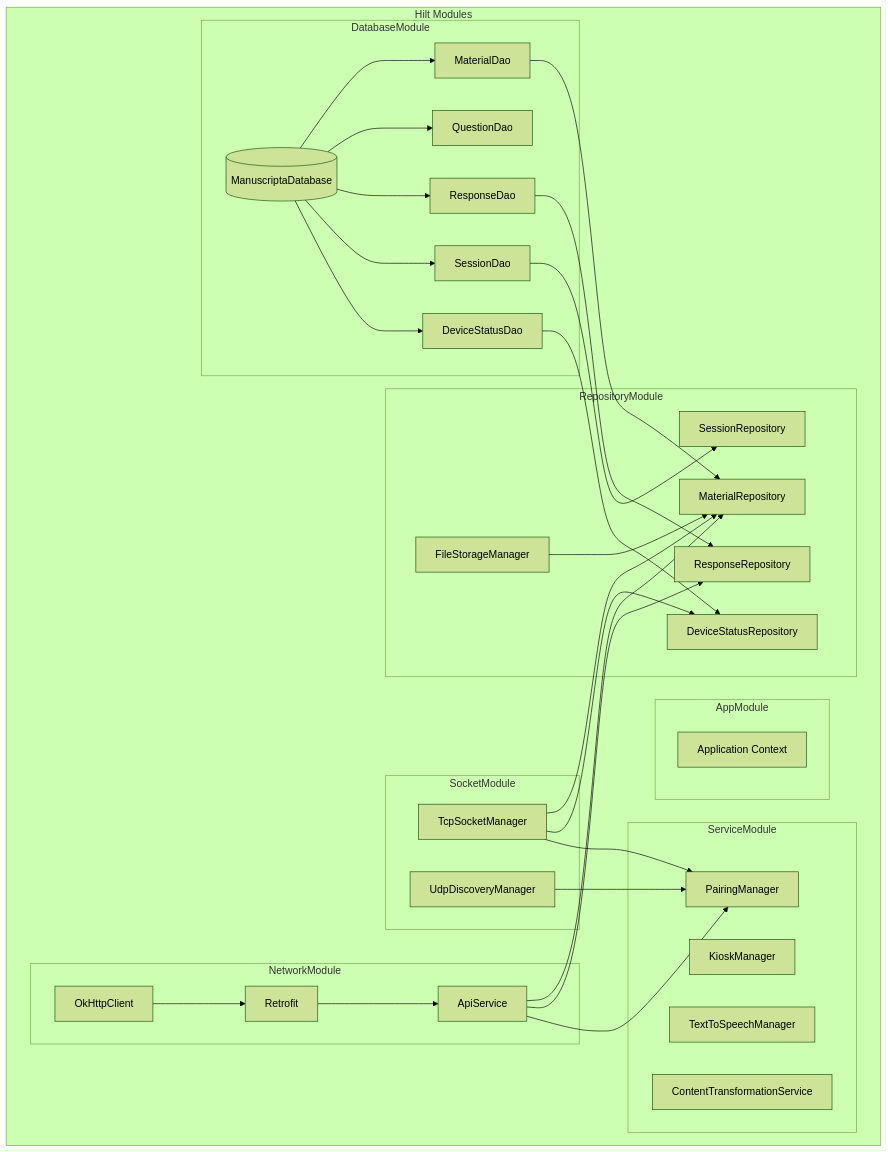
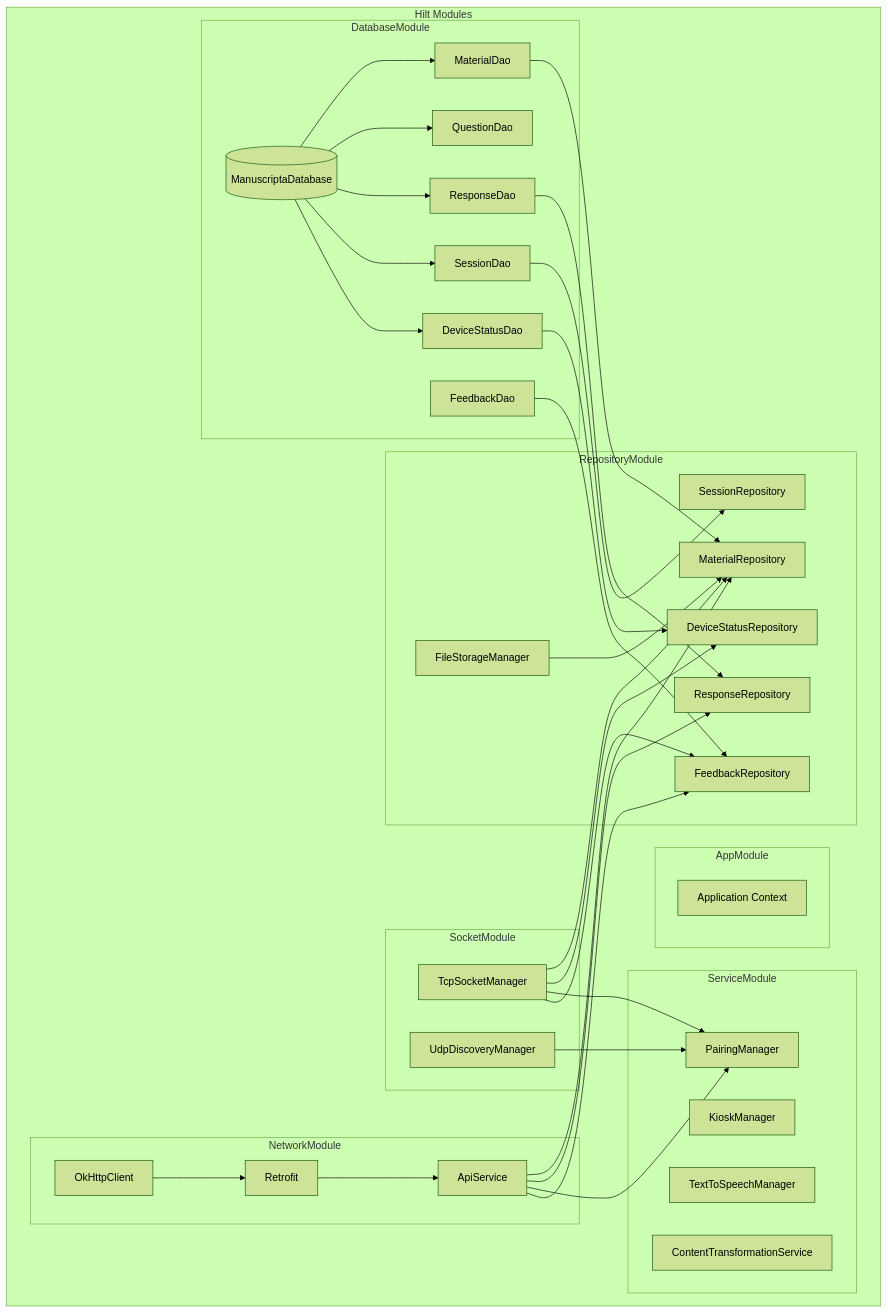
Diagram 12 of 14 in docs/Android System Design.md (raphaellith/Manuscripta), drawn with Mermaid (forest theme) before and after one commit. The commit also changed other lines of this file, not shown here.

First line of the commit message:
docs: add Feedback retrieval mechanism to Android System Design doc

````diff
--- a/docs/Android System Design.md
+++ b/docs/Android System Design.md
@@ -496,69 +553,75 @@
 ```mermaid
 graph TB
     subgraph "Hilt Modules"
         subgraph "AppModule"
             APP[Application Context]
         end
         
         subgraph "DatabaseModule"
             DB[(ManuscriptaDatabase)]
             MD[MaterialDao]
             QD[QuestionDao]
             RD[ResponseDao]
             SD[SessionDao]
             DSD[DeviceStatusDao]
+            FD[FeedbackDao]
         end
         
         subgraph "NetworkModule"
             OKHTTP[OkHttpClient]
             RETROFIT[Retrofit]
             API[ApiService]
         end
         
         subgraph "SocketModule"
             TSM[TcpSocketManager]
             UDM[UdpDiscoveryManager]
         end
         
         subgraph "RepositoryModule"
             MR[MaterialRepository]
             RR[ResponseRepository]
             SR[SessionRepository]
             DSR[DeviceStatusRepository]
+            FR[FeedbackRepository]
             FSM[FileStorageManager]
         end
         
         subgraph "ServiceModule"
             PM[PairingManager]
             KM[KioskManager]
             TTSM[TextToSpeechManager]
             CTS[ContentTransformationService]
         end
     end
     
     DB --> MD
     DB --> QD
     DB --> RD
     DB --> SD
     DB --> DSD
     
     OKHTTP --> RETROFIT
     RETROFIT --> API
     
     MD --> MR
     API --> MR
     TSM --> MR
     FSM --> MR
     
     RD --> RR
     API --> RR
     
     SD --> SR
     
     DSD --> DSR
     TSM --> DSR
     
     UDM --> PM
     TSM --> PM
     API --> PM
+    
+    FD --> FR
+    API --> FR
+    TSM --> FR
 ```
````
